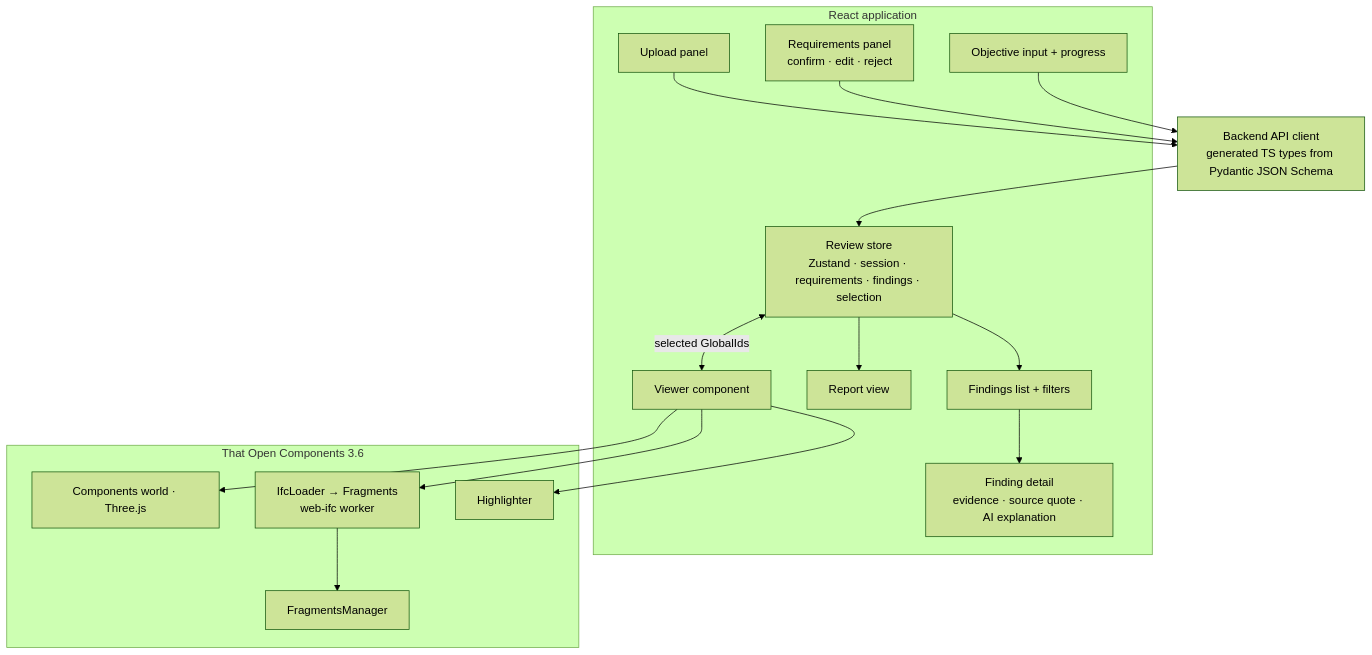
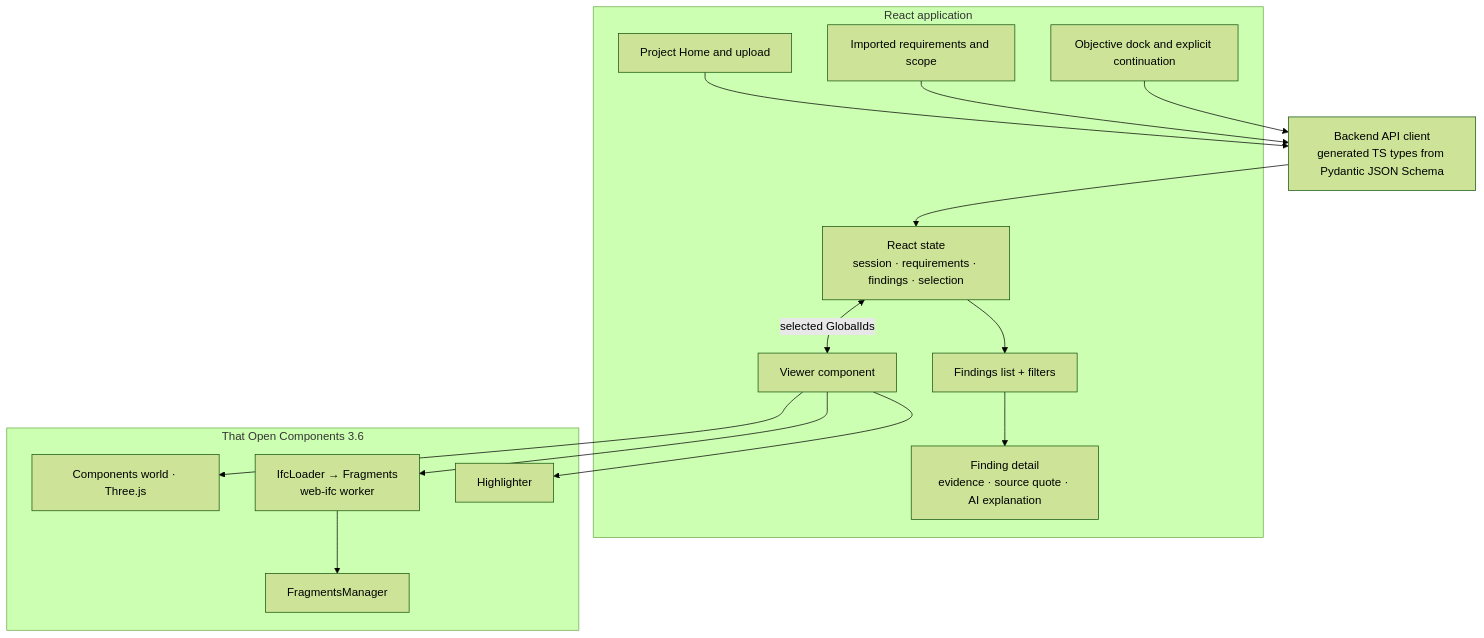
The eighth of 10 diagrams in docs/ARCHITECTURE.md (natnew/BIM-Intelligence), drawn with Mermaid (forest theme) before and after one commit. The commit also changed other lines of this file and 12 other files, not shown here.

````diff
--- a/docs/ARCHITECTURE.md
+++ b/docs/ARCHITECTURE.md
@@ -547,31 +529,29 @@
 ```mermaid
 flowchart TB
     subgraph App["React application"]
-        ST["Review store<br/>Zustand · session · requirements · findings · selection"]
-        UP["Upload panel"]
-        RQ["Requirements panel<br/>confirm · edit · reject"]
-        OB["Objective input + progress"]
+        ST["React state<br/>session · requirements · findings · selection"]
+        UP["Project Home and upload"]
+        RQ["Imported requirements and scope"]
+        OB["Objective dock and explicit continuation"]
         FL["Findings list + filters"]
         FD["Finding detail<br/>evidence · source quote · AI explanation"]
-        RP["Report view"]
         VW["Viewer component"]
     end
     subgraph TOC["That Open Components 3.6"]
         W["Components world · Three.js"]
         IL["IfcLoader → Fragments<br/>web-ifc worker"]
         FM["FragmentsManager"]
         HL["Highlighter"]
     end
     API["Backend API client<br/>generated TS types from Pydantic JSON Schema"]
 
     UP --> API
     RQ --> API
     OB --> API
     API --> ST
     ST --> FL --> FD
-    ST --> RP
     ST <-->|"selected GlobalIds"| VW
     VW --> W
     VW --> IL --> FM
     VW --> HL
 ```
````
